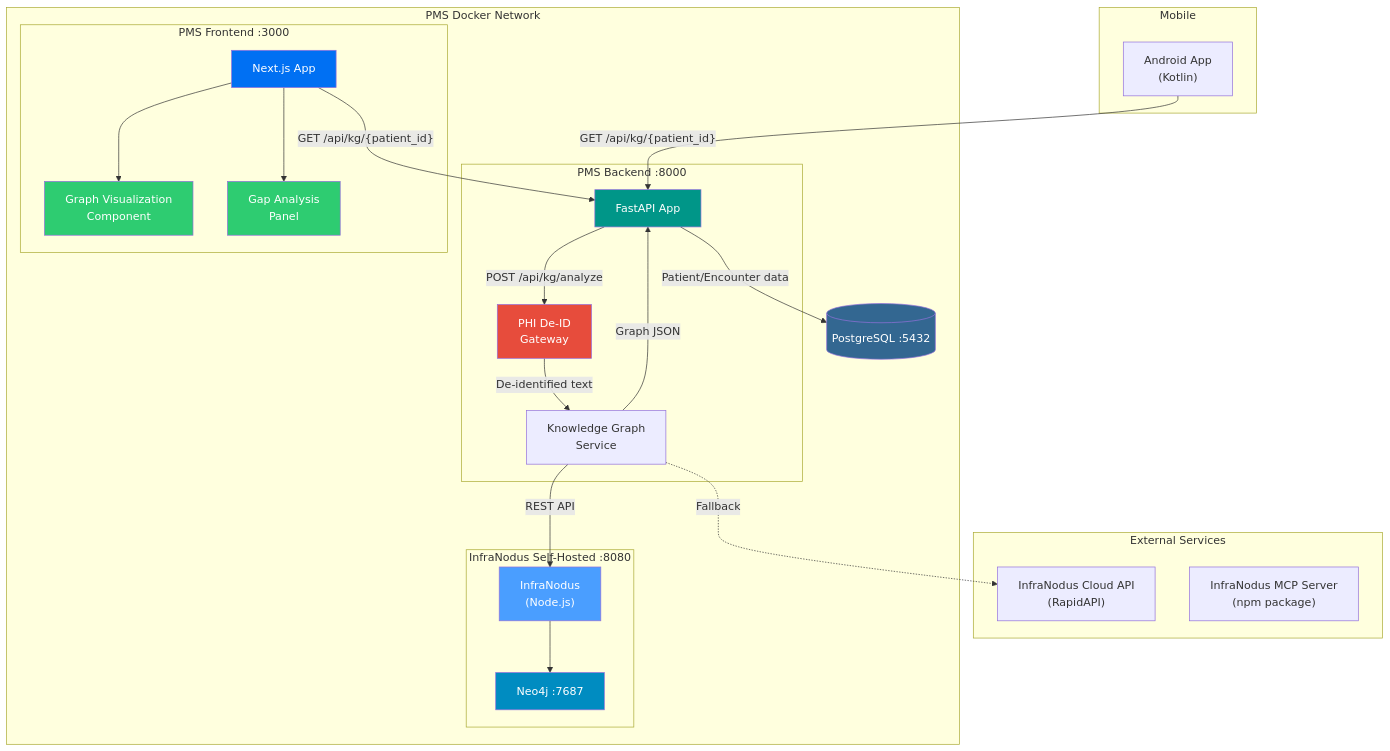
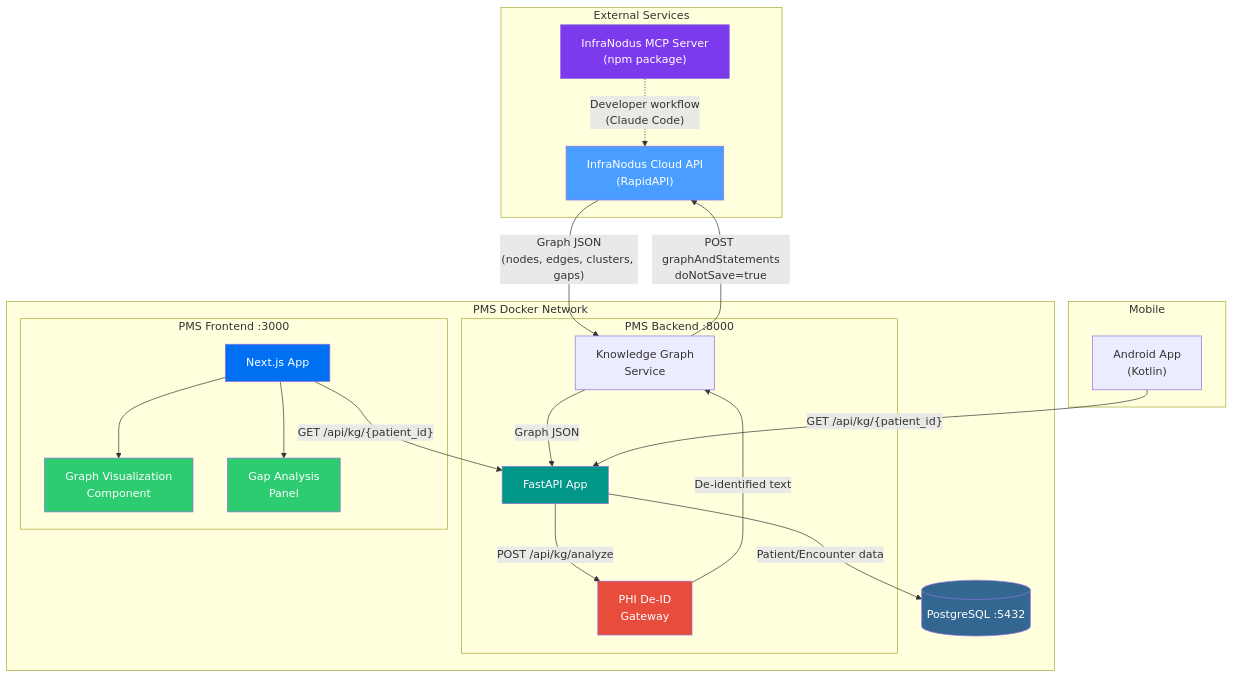
Before and after one commit to ammar-utexas/demo: the diagram in docs/experiments/41-PRD-InfraNodus-PMS-Integration.md, drawn with Mermaid. The commit also changed other lines of this file and 3 other files, not shown here.

First line of the commit message:
Update Experiment 41 to use Cloud API + MCP Server instead of self-hosted InfraNodus

````diff
--- a/docs/experiments/41-PRD-InfraNodus-PMS-Integration.md
+++ b/docs/experiments/41-PRD-InfraNodus-PMS-Integration.md
@@ -34,53 +40,48 @@
 ```mermaid
 flowchart TB
     subgraph External["External Services"]
         IN_CLOUD["InfraNodus Cloud API<br/>(RapidAPI)"]
         IN_MCP["InfraNodus MCP Server<br/>(npm package)"]
     end
 
     subgraph PMS_Network["PMS Docker Network"]
         subgraph Backend["PMS Backend :8000"]
             FA["FastAPI App"]
             KG_SVC["Knowledge Graph<br/>Service"]
             PHI_GATE["PHI De-ID<br/>Gateway"]
         end
 
         subgraph Frontend["PMS Frontend :3000"]
             NX["Next.js App"]
             KG_VIZ["Graph Visualization<br/>Component"]
             GAP_PANEL["Gap Analysis<br/>Panel"]
         end
 
-        subgraph SelfHosted["InfraNodus Self-Hosted :8080"]
-            IN_APP["InfraNodus<br/>(Node.js)"]
-            NEO4J["Neo4j :7687"]
-        end
-
         PG[("PostgreSQL :5432")]
     end
 
     subgraph Mobile["Mobile"]
         AND["Android App<br/>(Kotlin)"]
     end
 
     FA -->|"POST /api/kg/analyze"| PHI_GATE
     PHI_GATE -->|"De-identified text"| KG_SVC
-    KG_SVC -->|"REST API"| IN_APP
-    KG_SVC -.->|"Fallback"| IN_CLOUD
-    IN_APP --> NEO4J
+    KG_SVC -->|"POST graphAndStatements<br/>doNotSave=true"| IN_CLOUD
+    IN_CLOUD -->|"Graph JSON<br/>(nodes, edges, clusters, gaps)"| KG_SVC
     KG_SVC -->|"Graph JSON"| FA
     FA -->|"Patient/Encounter data"| PG
     NX -->|"GET /api/kg/{patient_id}"| FA
     NX --> KG_VIZ
     NX --> GAP_PANEL
     AND -->|"GET /api/kg/{patient_id}"| FA
+    IN_MCP -.->|"Developer workflow<br/>(Claude Code)"| IN_CLOUD
 
-    style IN_APP fill:#4a9eff,color:#fff
-    style NEO4J fill:#008cc1,color:#fff
+    style IN_CLOUD fill:#4a9eff,color:#fff
+    style IN_MCP fill:#7c3aed,color:#fff
     style PHI_GATE fill:#e74c3c,color:#fff
     style KG_VIZ fill:#2ecc71,color:#fff
     style GAP_PANEL fill:#2ecc71,color:#fff
     style FA fill:#009688,color:#fff
     style NX fill:#0070f3,color:#fff
     style PG fill:#336791,color:#fff
 ```
````
